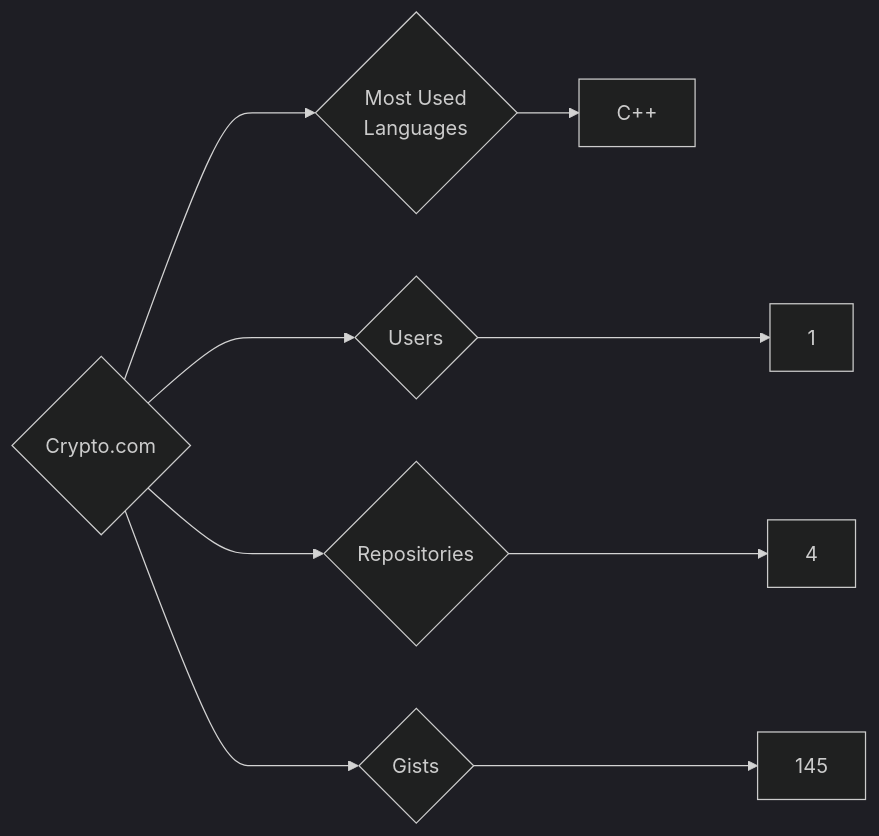
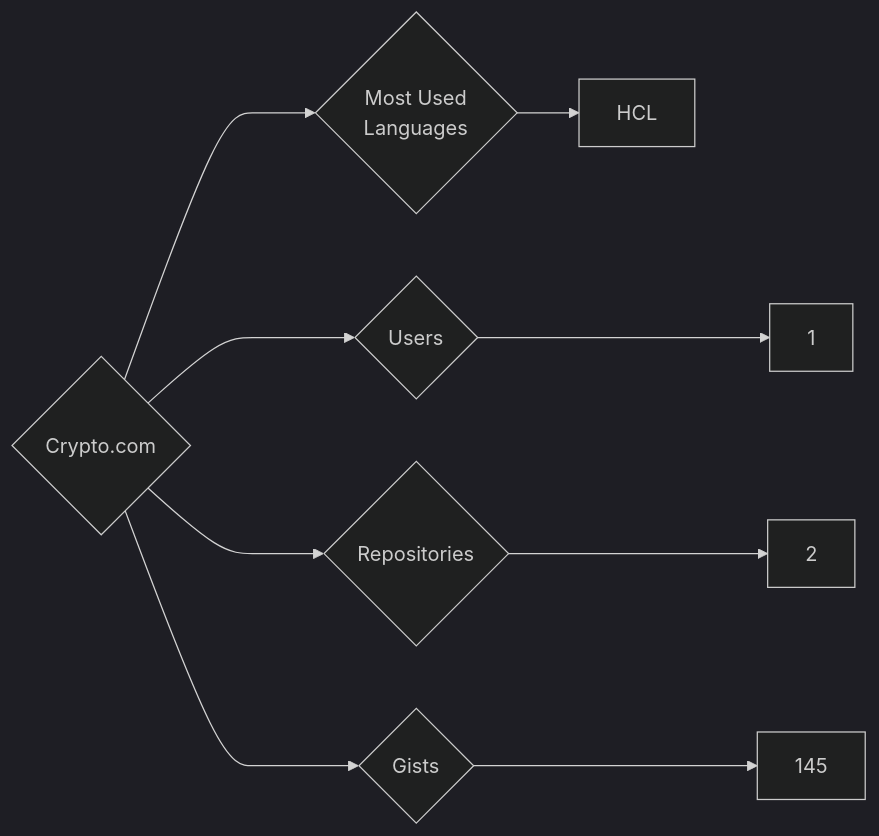
One commit to trickest/insiders changed the diagram in targets/Crypto.com/README.md. Above: the diagram before and after it, drawn with Mermaid (dark theme). The commit also changed 838 other files, not shown here.

````diff
--- a/targets/Crypto.com/README.md
+++ b/targets/Crypto.com/README.md
@@ -3,9 +3,9 @@
 ```mermaid
 graph LR
 COMPANY_NAME{Crypto.com}
 COMPANY_NAME ---> U{Users} ---> UN[1]
-COMPANY_NAME ---> R{Repositories} ---> RN[4]
+COMPANY_NAME ---> R{Repositories} ---> RN[2]
 COMPANY_NAME ---> G{Gists} ---> GN[145]
 COMPANY_NAME ---> ML{Most Used<br>Languages}
-ML --> C++[C++]
+ML --> HCL[HCL]
 ```
````
